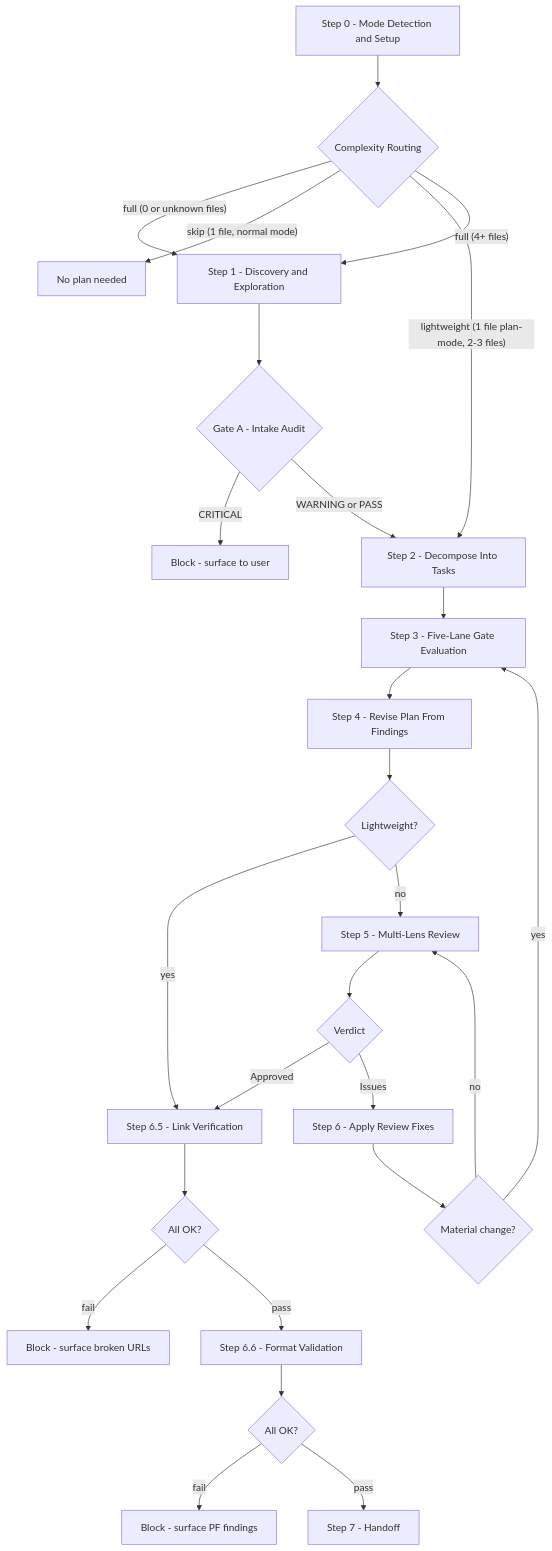
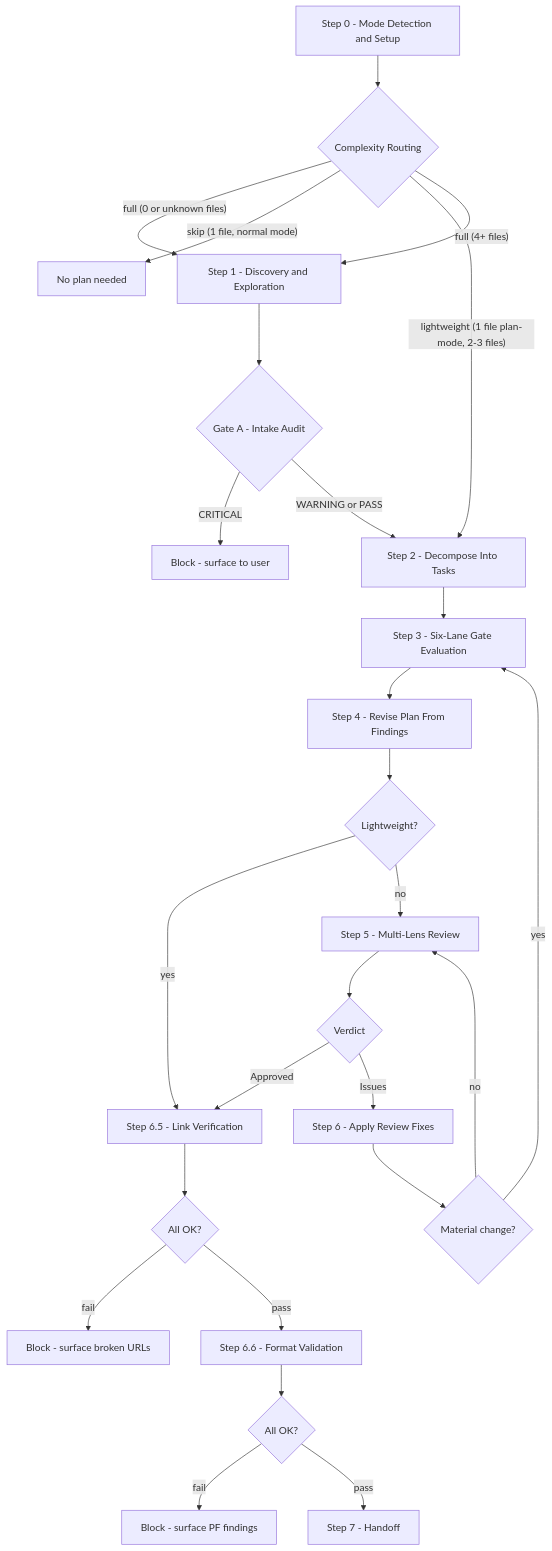
Before and after one commit to rnagrodzki/sdlc-plugin: the first of 4 diagrams in docs/plan-architecture.md, drawn with Mermaid. The commit also changed other lines of this file and 113 other files, not shown here.

````diff
--- a/docs/plan-architecture.md
+++ b/docs/plan-architecture.md
@@ -120,41 +122,41 @@
 ```mermaid
 flowchart TD
     S0["Step 0 - Mode Detection and Setup"]
     S0 --> route{Complexity Routing}
     route -->|"full (0 or unknown files)"| S1
     route -->|"skip (1 file, normal mode)"| STOP["No plan needed"]
     route -->|"lightweight (1 file plan-mode, 2-3 files)"| S2
     route -->|"full (4+ files)"| S1
 
     S1["Step 1 - Discovery and Exploration"]
     S1 --> gate_a{"Gate A - Intake Audit"}
     gate_a -->|CRITICAL| BLOCK1["Block - surface to user"]
     gate_a -->|WARNING or PASS| S2
 
     S2["Step 2 - Decompose Into Tasks"]
     S2 --> S3
 
-    S3["Step 3 - Five-Lane Gate Evaluation"]
+    S3["Step 3 - Six-Lane Gate Evaluation"]
     S3 --> S4["Step 4 - Revise Plan From Findings"]
     S4 --> lw_check{Lightweight?}
     lw_check -->|yes| S6_5
     lw_check -->|no| S5
 
     S5["Step 5 - Multi-Lens Review"]
     S5 --> verdict{Verdict}
     verdict -->|Approved| S6_5
     verdict -->|Issues| S6["Step 6 - Apply Review Fixes"]
     S6 --> material{"Material change?"}
     material -->|yes| S3
     material -->|no| S5
 
     S6_5["Step 6.5 - Link Verification"]
     S6_5 --> link_ok{All OK?}
     link_ok -->|fail| BLOCK2["Block - surface broken URLs"]
     link_ok -->|pass| S6_6
 
     S6_6["Step 6.6 - Format Validation"]
     S6_6 --> fmt_ok{All OK?}
     fmt_ok -->|fail| BLOCK3["Block - surface PF findings"]
     fmt_ok -->|pass| S7["Step 7 - Handoff"]
 ```
````
